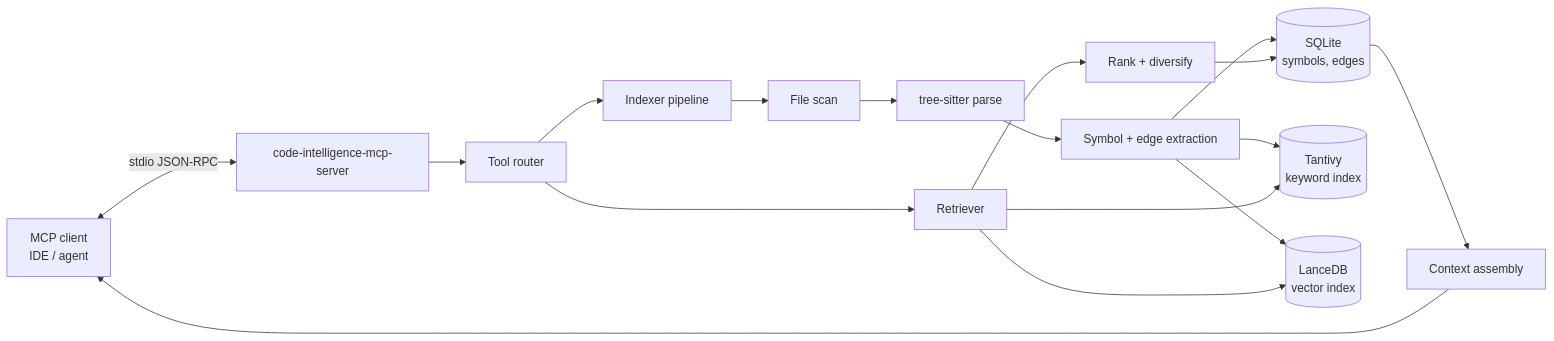
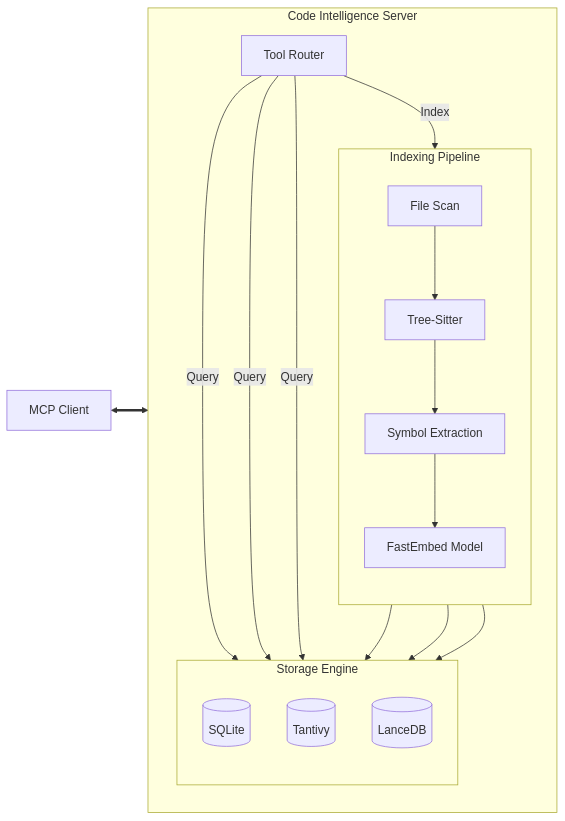
One commit to iceinvein/code_intelligence_mcp_server changed the diagram in README.md. Above: the diagram before and after it, drawn with Mermaid. The commit also changed other lines of this file, not shown here.

````diff
--- a/README.md
+++ b/README.md
@@ -104,23 +94,33 @@
 ```mermaid
 flowchart LR
-  Client[MCP client<br/>IDE / agent] <-- stdio JSON-RPC --> Server[code-intelligence-mcp-server]
+  Client[MCP Client] <==> Tools
 
-  Server --> Tools[Tool router]
-  Tools --> Index[Indexer pipeline]
-  Tools --> Retrieve[Retriever]
+  subgraph Server [Code Intelligence Server]
+    direction TB
+    Tools[Tool Router]
+    
+    subgraph Indexer [Indexing Pipeline]
+      direction TB
+      Scan[File Scan] --> Parse[Tree-Sitter]
+      Parse --> Extract[Symbol Extraction]
+      Extract --> Embed[FastEmbed Model]
+    end
 
-  Index --> Scan[File scan]
-  Scan --> Parse[tree-sitter parse]
-  Parse --> Extract[Symbol + edge extraction]
+    subgraph Storage [Storage Engine]
+      direction TB
+      SQLite[(SQLite)]
+      Tantivy[(Tantivy)]
+      Lance[(LanceDB)]
+    end
 
-  Extract --> SQLite[(SQLite<br/>symbols, edges)]
-  Extract --> Tantivy[(Tantivy<br/>keyword index)]
-  Extract --> Lance[(LanceDB<br/>vector index)]
-
-  Retrieve --> Tantivy
-  Retrieve --> Lance
-  Retrieve --> Rank["Rank + diversify"]
-  Rank --> SQLite
-  SQLite --> Context[Context assembly]
-  Context --> Client
+    %% Data Flow
+    Tools -- Index --> Scan
+    Embed --> SQLite
+    Embed --> Tantivy
+    Embed --> Lance
+    
+    Tools -- Query --> SQLite
+    Tools -- Query --> Tantivy
+    Tools -- Query --> Lance
+  end
 ```
````
